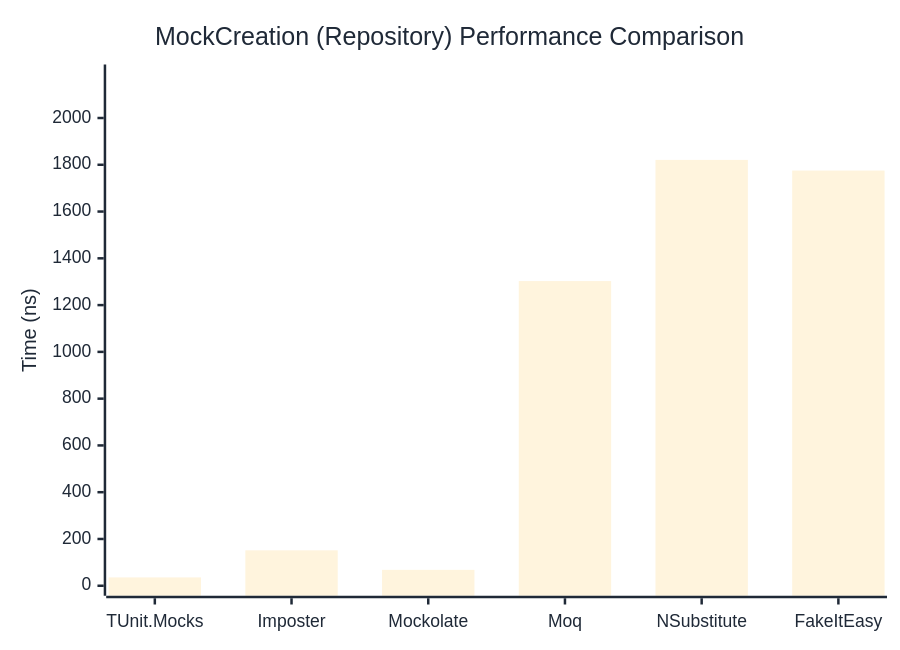
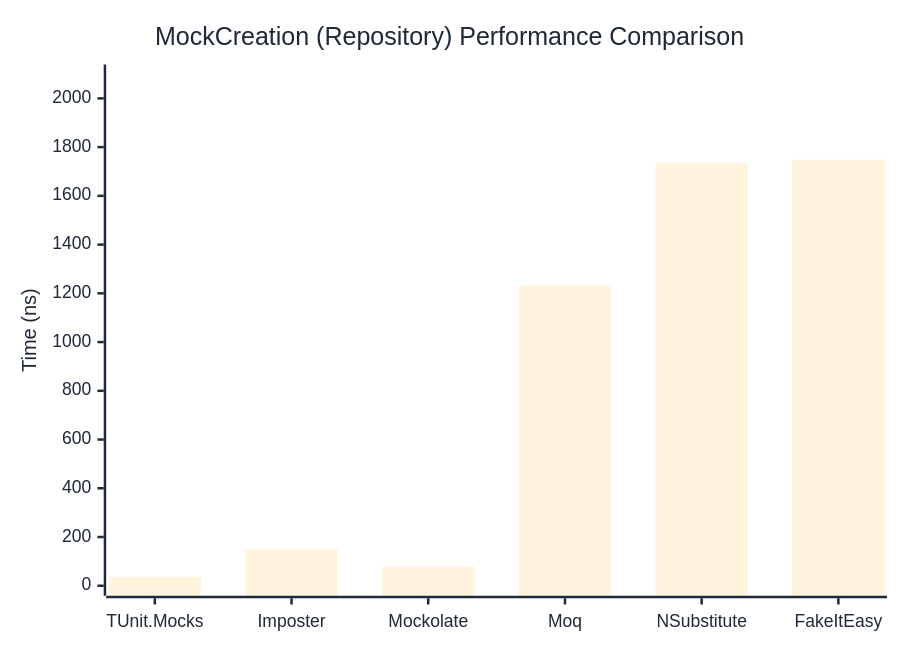
One commit to thomhurst/TUnit changed the second of 2 diagrams in docs/docs/benchmarks/mocks/MockCreation.md. Above: the diagram before and after it, drawn with Mermaid. The commit also changed other lines of this file and 14 other files, not shown here.

````diff
--- a/docs/docs/benchmarks/mocks/MockCreation.md
+++ b/docs/docs/benchmarks/mocks/MockCreation.md
@@ -69,27 +69,27 @@
 ```mermaid
 %%{init: {
   'theme':'base',
   'themeVariables': {
     'primaryColor': '#2563eb',
     'primaryTextColor': '#1f2937',
     'primaryBorderColor': '#1e40af',
     'lineColor': '#6b7280',
     'secondaryColor': '#7c3aed',
     'tertiaryColor': '#dc2626',
     'background': '#ffffff',
     'pie1': '#2563eb',
     'pie2': '#7c3aed',
     'pie3': '#dc2626',
     'pie4': '#f59e0b',
     'pie5': '#10b981',
     'pie6': '#06b6d4',
     'pie7': '#ec4899',
     'pie8': '#6366f1'
   }
 }}%%
 xychart-beta
   title "MockCreation (Repository) Performance Comparison"
   x-axis ["TUnit.Mocks", "Imposter", "Mockolate", "Moq", "NSubstitute", "FakeItEasy"]
-  y-axis "Time (ns)" 0 --> 2186
-  bar [35.63, 151.45, 68, 1302.73, 1820.87, 1775.2]
+  y-axis "Time (ns)" 0 --> 2098
+  bar [36.43, 148.73, 79.19, 1231.42, 1735.22, 1748.26]
 ```
````
